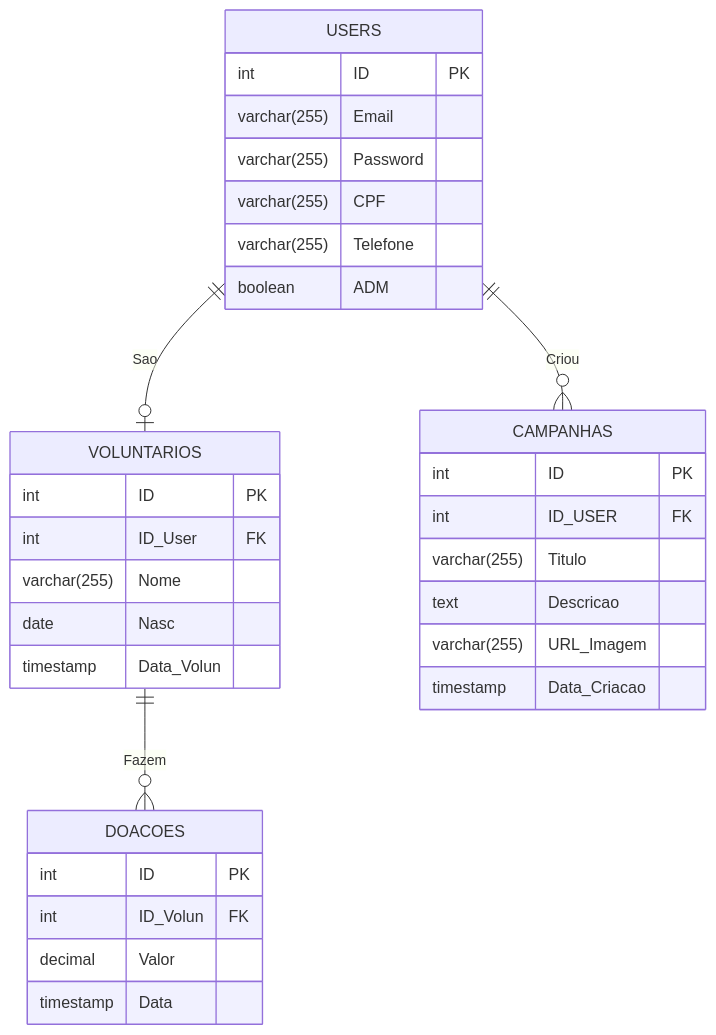
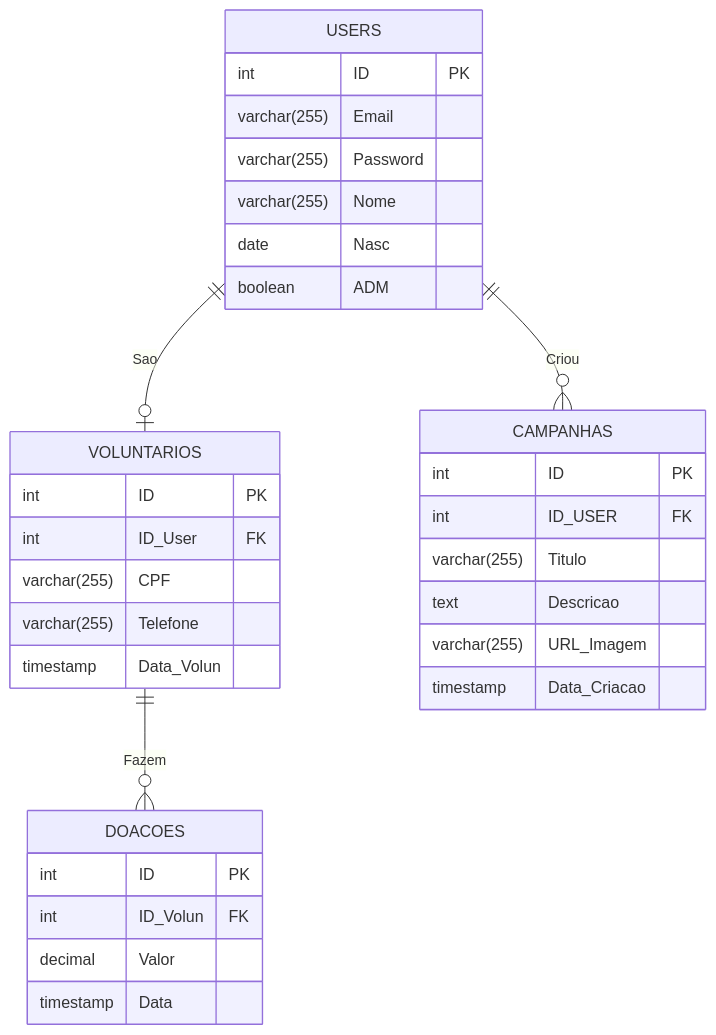
Before and after one commit to rafzsxl/cuide_dequem_cuidou: the diagram in documentation/bcd.md, drawn with Mermaid. The commit also changed other lines of this file and 13 other files, not shown here.

````diff
--- a/documentation/bcd.md
+++ b/documentation/bcd.md
@@ -1,44 +1,44 @@
 ```mermaid
 erDiagram
 
     USERS{
         int ID PK
         varchar(255) Email
         varchar(255) Password
-        varchar(255) CPF
-        varchar(255) Telefone
+        varchar(255) Nome
+        date Nasc
         boolean ADM
 
     }
 
     VOLUNTARIOS{
         int ID PK
         int ID_User FK
-        varchar(255) Nome
-        date Nasc
+        varchar(255) CPF
+        varchar(255) Telefone
         timestamp Data_Volun
     }
 
 
     DOACOES{
         int ID PK
         int ID_Volun FK
         decimal Valor
         timestamp Data
     }
 
     CAMPANHAS{
         int ID PK
         int ID_USER FK 
         varchar(255) Titulo
         text Descricao
         varchar(255) URL_Imagem
         timestamp Data_Criacao
     }
 
     USERS ||--o| VOLUNTARIOS : "Sao"
     VOLUNTARIOS ||--o{ DOACOES : "Fazem"
     USERS ||--o{ CAMPANHAS: "Criou"
 
 
 ```
````
